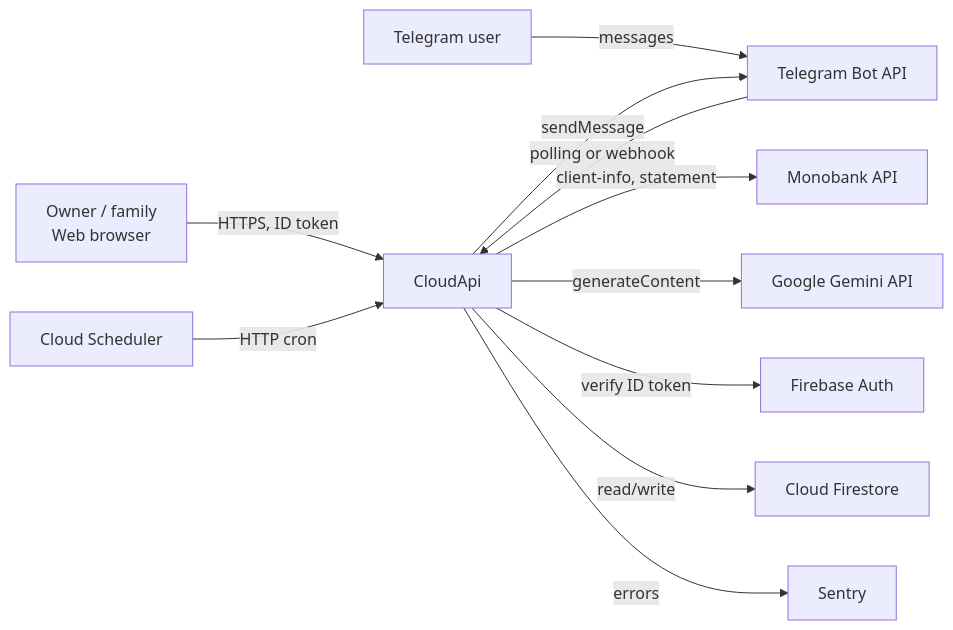
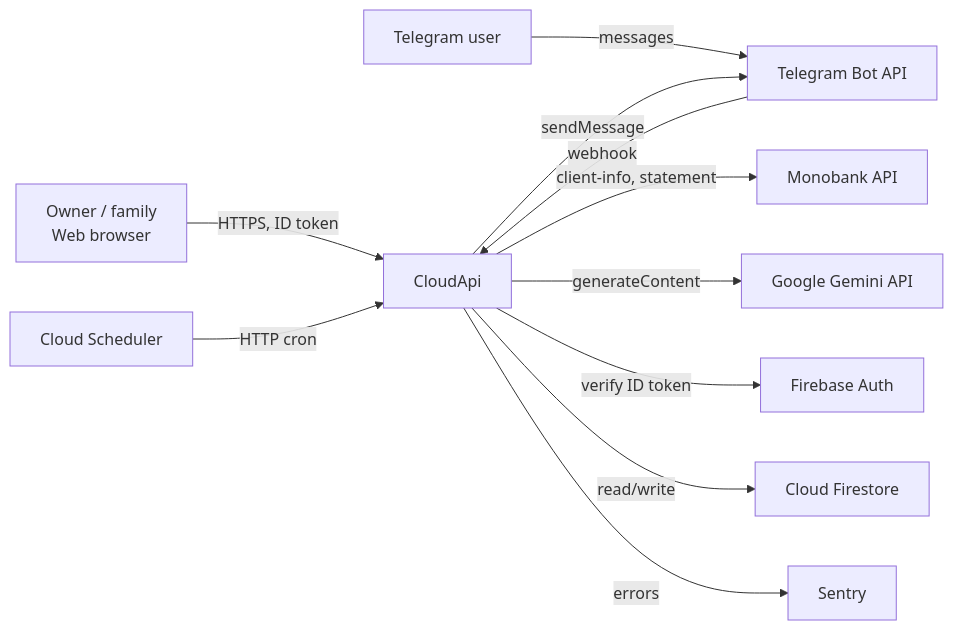
One commit to IuriiRR/MonoProjectCloud changed the first of 8 diagrams in docs/arc42.md. Above: the diagram before and after it, drawn with Mermaid. The commit also changed other lines of this file and 53 other files, not shown here.

````diff
--- a/docs/arc42.md
+++ b/docs/arc42.md
@@ -125,23 +123,23 @@
 ```mermaid
 flowchart LR
   WebUser[Owner / family<br/>Web browser]
   TgUser[Telegram user]
   Monobank[Monobank API]
   Telegram[Telegram Bot API]
   Gemini[Google Gemini API]
   FirebaseAuth[Firebase Auth]
   Firestore[Cloud Firestore]
   Scheduler[Cloud Scheduler]
   Sentry[Sentry]
 
   WebUser -->|HTTPS, ID token| CloudApi
   TgUser -->|messages| Telegram
-  Telegram -->|polling or webhook| CloudApi
+  Telegram -->|webhook| CloudApi
   CloudApi -->|sendMessage| Telegram
   CloudApi -->|client-info, statement| Monobank
   CloudApi -->|generateContent| Gemini
   CloudApi -->|verify ID token| FirebaseAuth
   CloudApi -->|read/write| Firestore
   Scheduler -->|HTTP cron| CloudApi
   CloudApi -->|errors| Sentry
 ```
````
